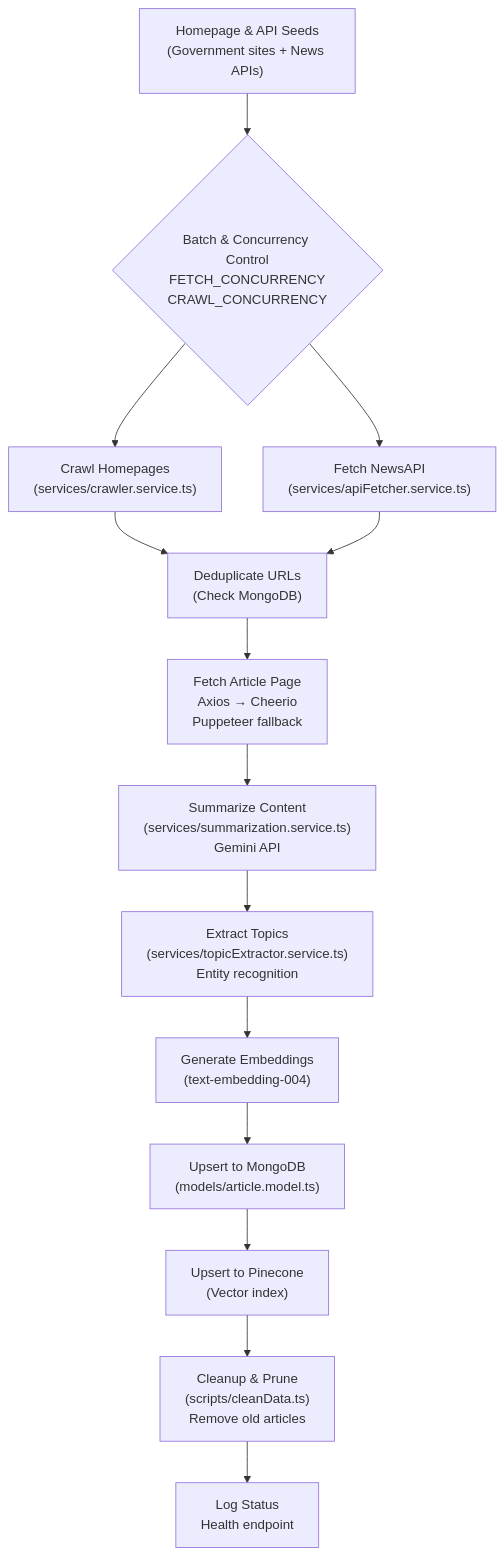
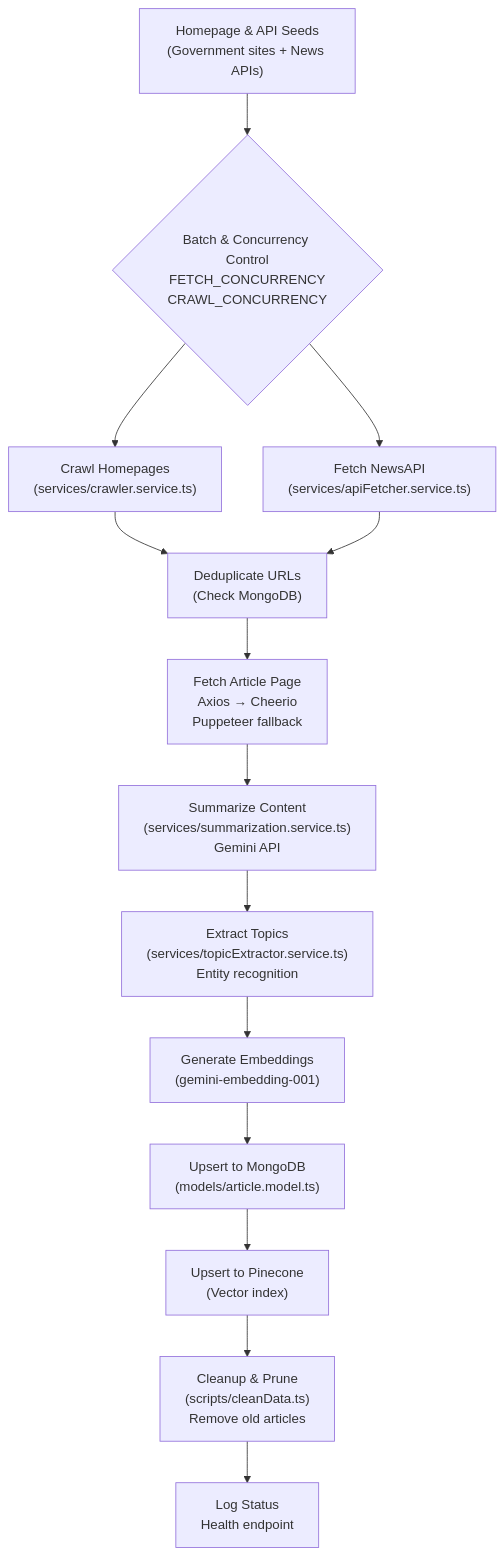
One commit to hoangsonww/AI-Gov-Content-Curator changed diagram 12 of 19 in ARCHITECTURE.md. Above: the diagram before and after it, drawn with Mermaid. The commit also changed other lines of this file and 85 other files, not shown here.

Commit message:
Update embedding model to use Google's gemini-embedding-001 in pinecone.service.ts

````diff
--- a/ARCHITECTURE.md
+++ b/ARCHITECTURE.md
@@ -699,16 +699,16 @@
 ```mermaid
 flowchart TB
     Start["Homepage & API Seeds<br/>(Government sites + News APIs)"] --> FanOut{"Batch & Concurrency Control<br/>FETCH_CONCURRENCY<br/>CRAWL_CONCURRENCY"}
     FanOut --> CrawlHome["Crawl Homepages<br/>(services/crawler.service.ts)"]
     FanOut --> FetchAPI["Fetch NewsAPI<br/>(services/apiFetcher.service.ts)"]
     CrawlHome --> Dedupe["Deduplicate URLs<br/>(Check MongoDB)"]
     FetchAPI --> Dedupe
     Dedupe --> FetchPage["Fetch Article Page<br/>Axios → Cheerio<br/>Puppeteer fallback"]
     FetchPage --> Summarize["Summarize Content<br/>(services/summarization.service.ts)<br/>Gemini API"]
     Summarize --> Topics["Extract Topics<br/>(services/topicExtractor.service.ts)<br/>Entity recognition"]
-    Topics --> Vectorize["Generate Embeddings<br/>(text-embedding-004)"]
+    Topics --> Vectorize["Generate Embeddings<br/>(gemini-embedding-001)"]
     Vectorize --> Upsert["Upsert to MongoDB<br/>(models/article.model.ts)"]
     Upsert --> UpsertVector["Upsert to Pinecone<br/>(Vector index)"]
     UpsertVector --> Cleanup["Cleanup & Prune<br/>(scripts/cleanData.ts)<br/>Remove old articles"]
     Cleanup --> Monitor["Log Status<br/>Health endpoint"]
 ```
````
